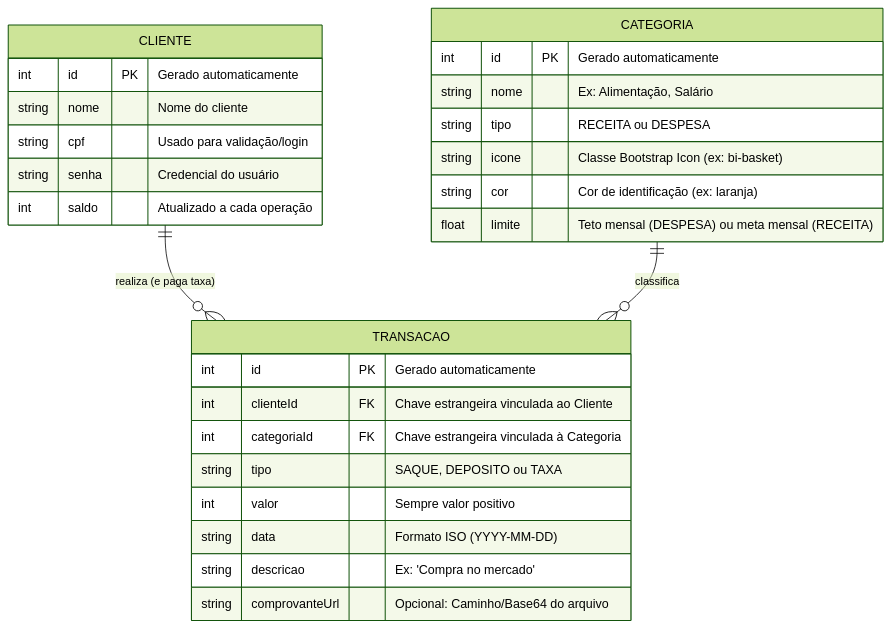
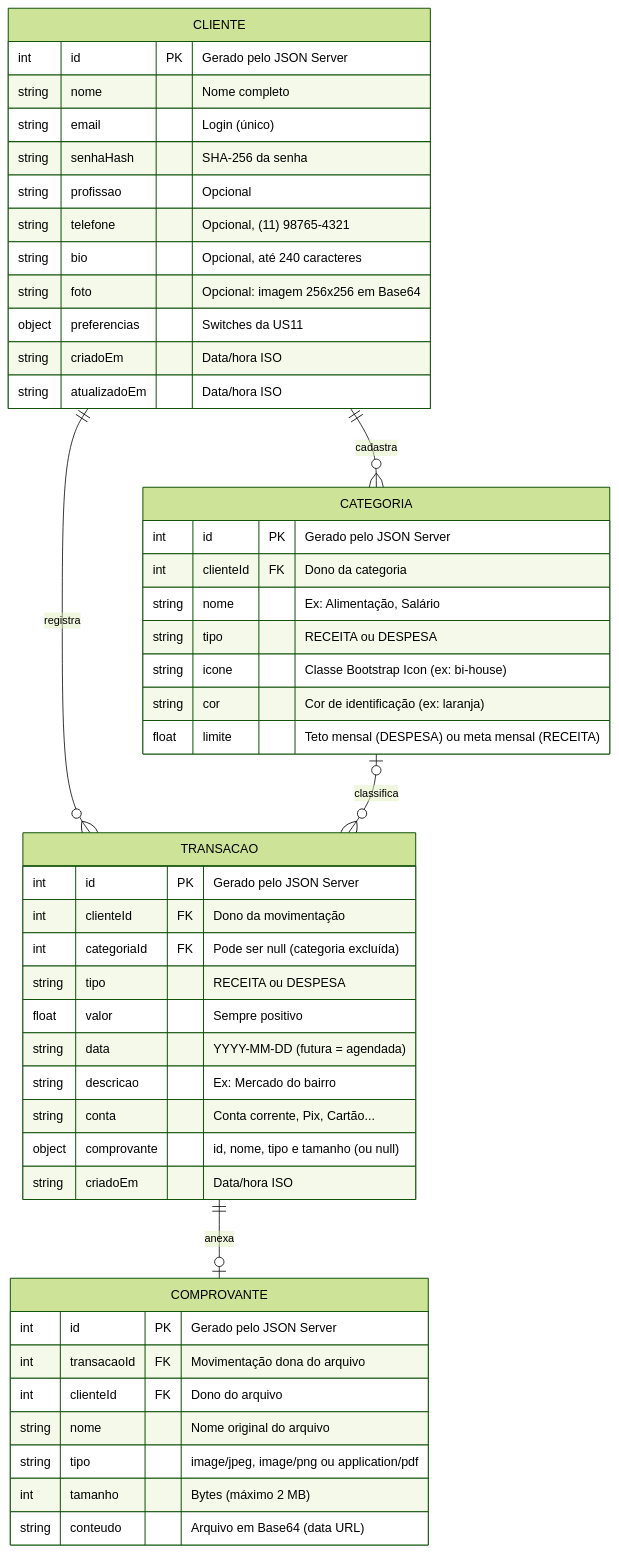
Before and after one commit to flpiensen/sobrou-quanto: the second of 2 diagrams in docs/architecture.md, drawn with Mermaid (forest theme). The commit also changed other lines of this file and 34 other files, not shown here.

First line of the commit message:
Torna a aplicação funcional com JSON Server e remove os dados fictícios

````diff
--- a/docs/architecture.md
+++ b/docs/architecture.md
@@ -58,33 +58,54 @@
 ```mermaid
 erDiagram
-    CLIENTE ||--o{ TRANSACAO : "realiza (e paga taxa)"
-    CATEGORIA ||--o{ TRANSACAO : "classifica"
+    CLIENTE ||--o{ CATEGORIA : "cadastra"
+    CLIENTE ||--o{ TRANSACAO : "registra"
+    CATEGORIA |o--o{ TRANSACAO : "classifica"
+    TRANSACAO ||--o| COMPROVANTE : "anexa"
 
     CLIENTE {
-        int id PK "Gerado automaticamente"
-        string nome "Nome do cliente"
-        string cpf "Usado para validação/login"
-        string senha "Credencial do usuário"
-        int saldo "Atualizado a cada operação"
+        int id PK "Gerado pelo JSON Server"
+        string nome "Nome completo"
+        string email "Login (único)"
+        string senhaHash "SHA-256 da senha"
+        string profissao "Opcional"
+        string telefone "Opcional, (11) 98765-4321"
+        string bio "Opcional, até 240 caracteres"
+        string foto "Opcional: imagem 256x256 em Base64"
+        object preferencias "Switches da US11"
+        string criadoEm "Data/hora ISO"
+        string atualizadoEm "Data/hora ISO"
     }
 
     CATEGORIA {
-        int id PK "Gerado automaticamente"
+        int id PK "Gerado pelo JSON Server"
+        int clienteId FK "Dono da categoria"
         string nome "Ex: Alimentação, Salário"
         string tipo "RECEITA ou DESPESA"
-        string icone "Classe Bootstrap Icon (ex: bi-basket)"
+        string icone "Classe Bootstrap Icon (ex: bi-house)"
         string cor "Cor de identificação (ex: laranja)"
         float limite "Teto mensal (DESPESA) ou meta mensal (RECEITA)"
     }
 
     TRANSACAO {
-        int id PK "Gerado automaticamente"
-        int clienteId FK "Chave estrangeira vinculada ao Cliente"
-        int categoriaId FK "Chave estrangeira vinculada à Categoria"
-        string tipo "SAQUE, DEPOSITO ou TAXA"
-        int valor "Sempre valor positivo"
-        string data "Formato ISO (YYYY-MM-DD)"
-        string descricao "Ex: 'Compra no mercado'"
-        string comprovanteUrl "Opcional: Caminho/Base64 do arquivo"
+        int id PK "Gerado pelo JSON Server"
+        int clienteId FK "Dono da movimentação"
+        int categoriaId FK "Pode ser null (categoria excluída)"
+        string tipo "RECEITA ou DESPESA"
+        float valor "Sempre positivo"
+        string data "YYYY-MM-DD (futura = agendada)"
+        string descricao "Ex: Mercado do bairro"
+        string conta "Conta corrente, Pix, Cartão..."
+        object comprovante "id, nome, tipo e tamanho (ou null)"
+        string criadoEm "Data/hora ISO"
+    }
+
+    COMPROVANTE {
+        int id PK "Gerado pelo JSON Server"
+        int transacaoId FK "Movimentação dona do arquivo"
+        int clienteId FK "Dono do arquivo"
+        string nome "Nome original do arquivo"
+        string tipo "image/jpeg, image/png ou application/pdf"
+        int tamanho "Bytes (máximo 2 MB)"
+        string conteudo "Arquivo em Base64 (data URL)"
     }
 ```
````
